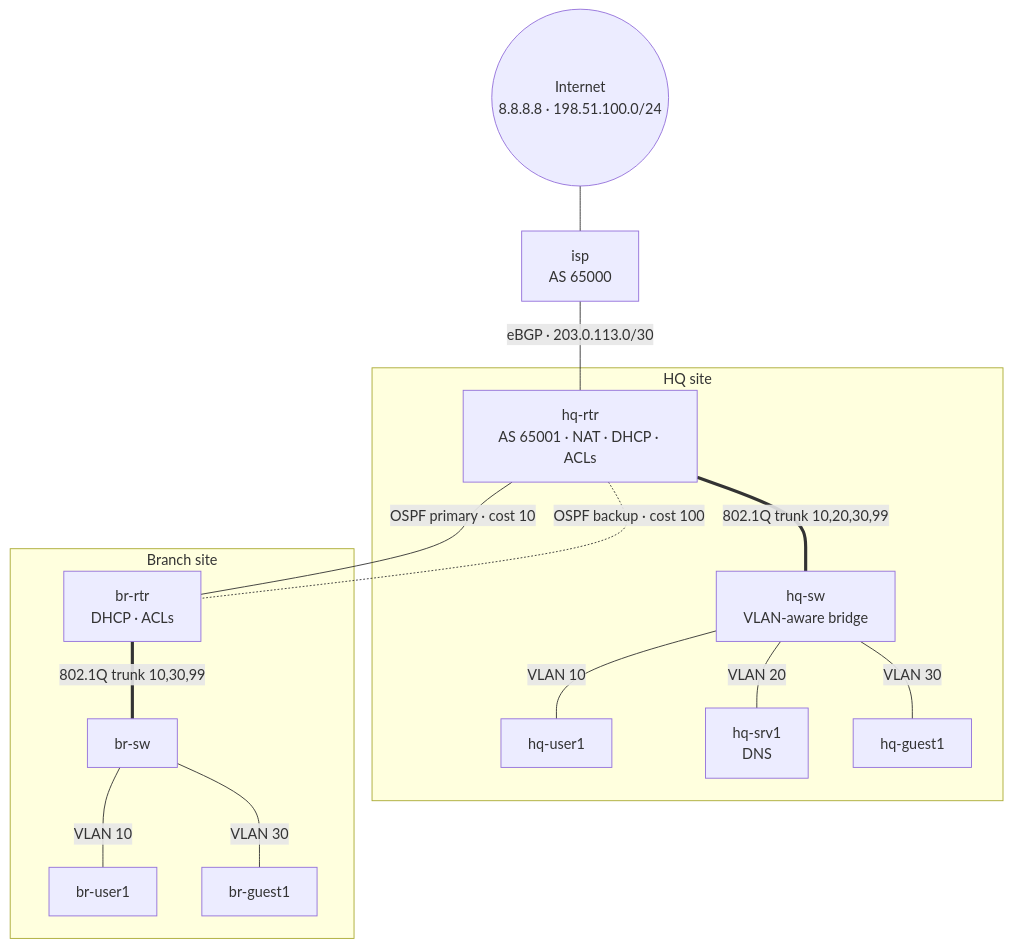
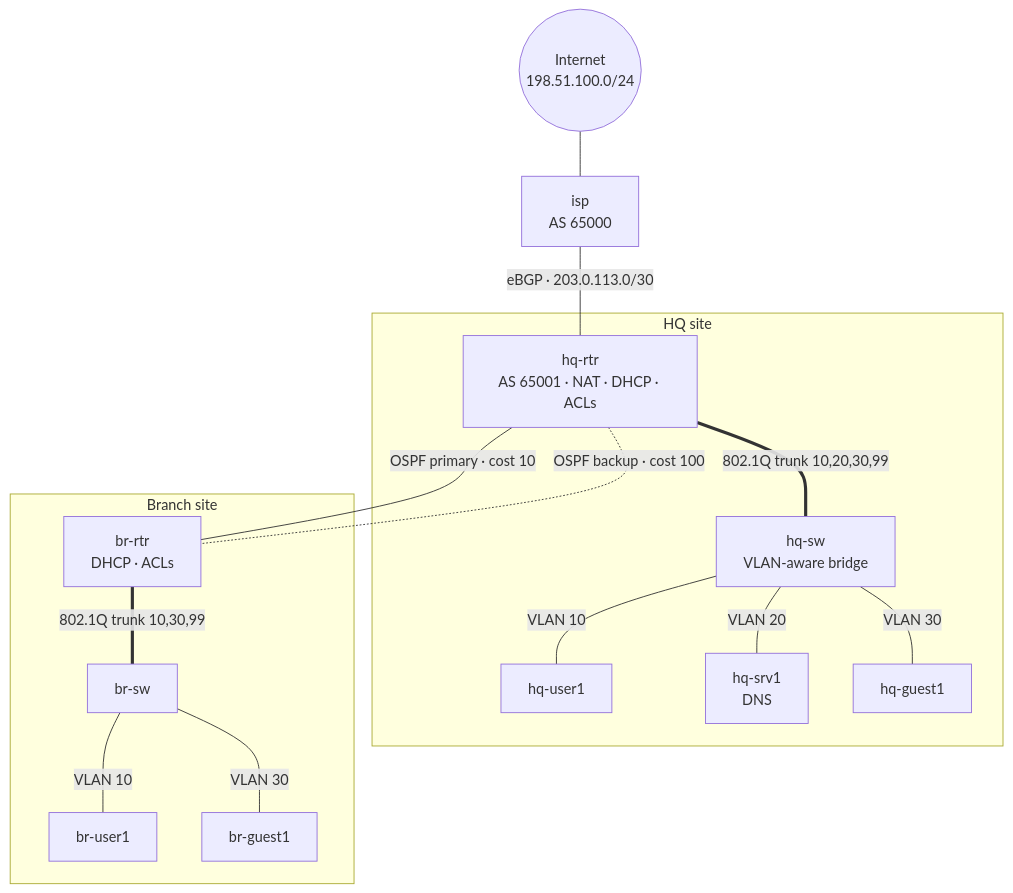
Before and after one commit to josephblue26601/enterprise-netlab: the diagram in docs/architecture.md, drawn with Mermaid. The commit also changed 10 other files, not shown here.

````diff
--- a/docs/architecture.md
+++ b/docs/architecture.md
@@ -3,27 +3,27 @@
 ```mermaid
 flowchart TB
-    INET(("Internet<br/>8.8.8.8 · 198.51.100.0/24"))
+    INET(("Internet<br/>198.51.100.0/24"))
     ISP["isp<br/>AS 65000"]
     INET --- ISP
     ISP ---|"eBGP · 203.0.113.0/30"| HQR
 
     subgraph HQ["HQ site"]
         HQR["hq-rtr<br/>AS 65001 · NAT · DHCP · ACLs"]
         HQSW["hq-sw<br/>VLAN-aware bridge"]
         HQR ===|"802.1Q trunk 10,20,30,99"| HQSW
         HQSW ---|VLAN 10| U1["hq-user1"]
         HQSW ---|VLAN 20| S1["hq-srv1<br/>DNS"]
         HQSW ---|VLAN 30| G1["hq-guest1"]
     end
 
     subgraph BR["Branch site"]
         BRR["br-rtr<br/>DHCP · ACLs"]
         BRSW["br-sw"]
         BRR ===|"802.1Q trunk 10,30,99"| BRSW
         BRSW ---|VLAN 10| U2["br-user1"]
         BRSW ---|VLAN 30| G2["br-guest1"]
     end
 
     HQR ---|"OSPF primary · cost 10"| BRR
     HQR -.-|"OSPF backup · cost 100"| BRR
 ```
````
